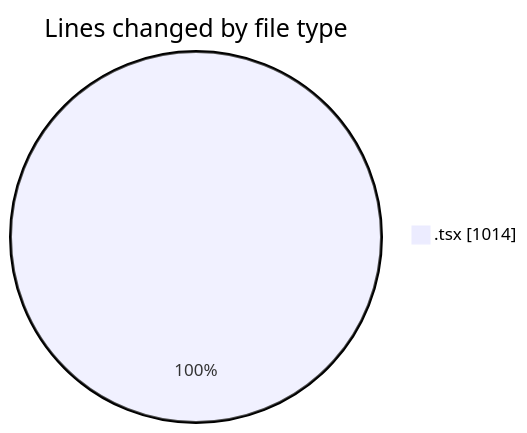
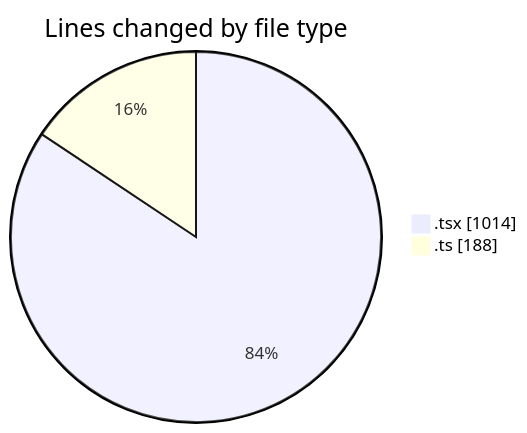
The first of 2 diagrams in 2025-10-31/eventscop-frontend-guide__workspace_/README.md (julien-gomy/code-tracking), drawn with Mermaid before and after one commit. The commit also changed other lines of this file and 1 other file, not shown here.

````diff
--- a/2025-10-31/eventscop-frontend-guide__workspace_/README.md
+++ b/2025-10-31/eventscop-frontend-guide__workspace_/README.md
@@ -25,5 +26,6 @@
 ```mermaid
 pie showData
 title Lines changed by file type
 ".tsx" : 1014
+".ts" : 188
 ```
````
